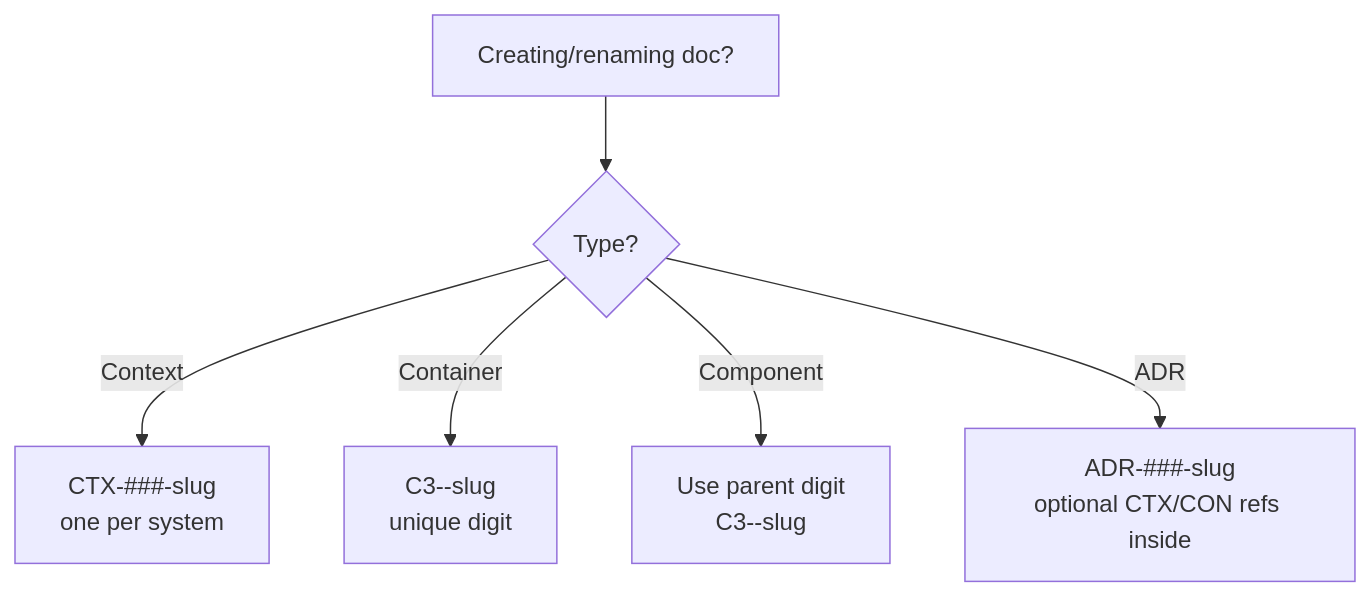
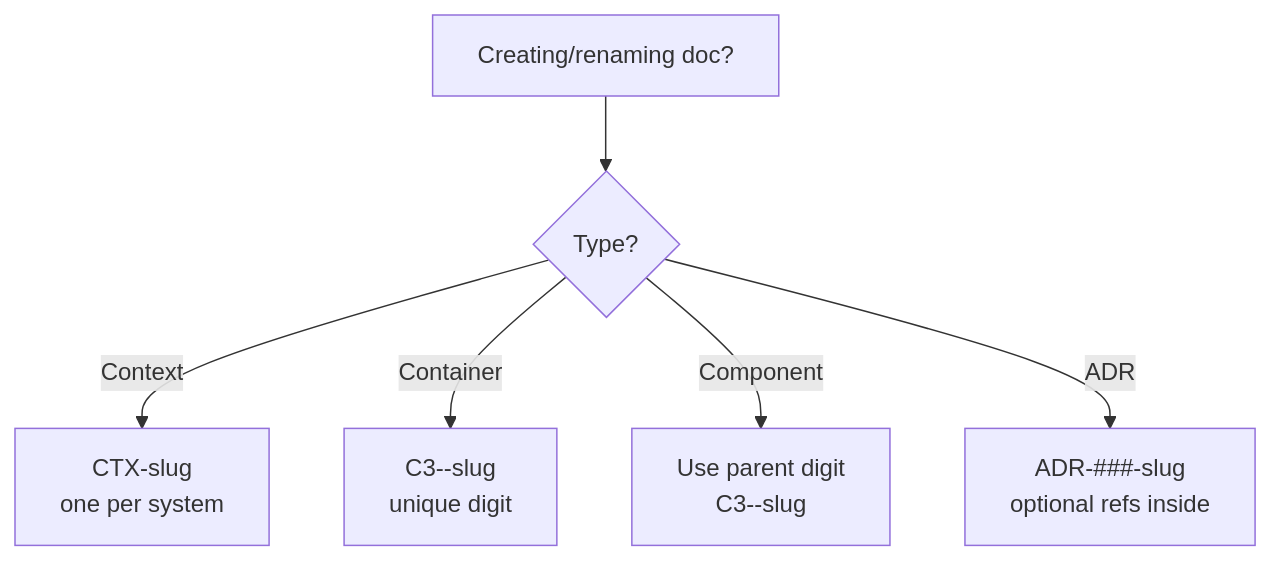
The diagram in skills/c3-naming/SKILL.md (lagz0ne/c3-skill), drawn with Mermaid before and after one commit. The commit also changed other lines of this file and 10 other files, not shown here.

````diff
--- a/skills/c3-naming/SKILL.md
+++ b/skills/c3-naming/SKILL.md
@@ -56,8 +56,8 @@
 ```mermaid
 flowchart TD
     Need[Creating/renaming doc?] --> Type{Type?}
-    Type -->|Context| Ctx[CTX-###-slug<br/>one per system]
+    Type -->|Context| Ctx[CTX-slug<br/>one per system]
     Type -->|Container| Con[C3-<C>-slug<br/>unique digit]
     Type -->|Component| Com[Use parent digit<br/>C3-<C><NN>-slug]
-    Type -->|ADR| Adr[ADR-###-slug<br/>optional CTX/CON refs inside]
+    Type -->|ADR| Adr[ADR-###-slug<br/>optional refs inside]
 ```
````
